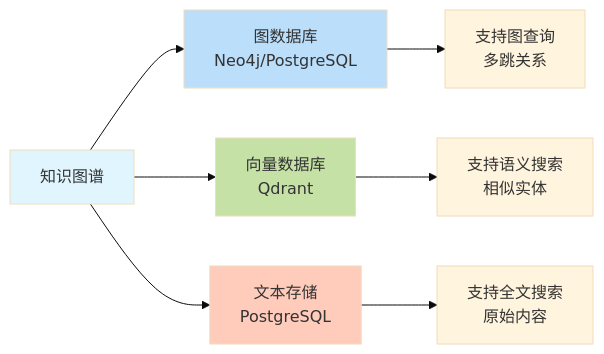
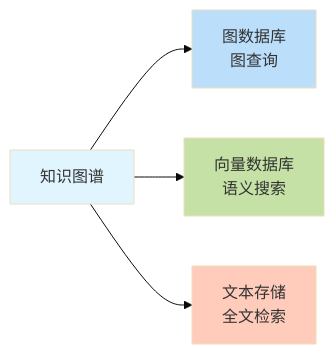
Before and after one commit to apecloud/ApeRAG: the seventh of 14 diagrams in docs/zh-CN/design/graph_index_creation.md, drawn with Mermaid (base theme). The commit also changed other lines of this file and 4 other files, not shown here.

````diff
--- a/docs/zh-CN/design/graph_index_creation.md
+++ b/docs/zh-CN/design/graph_index_creation.md
@@ -382,15 +345,11 @@
 ```mermaid
 flowchart LR
-    KG[知识图谱] --> G[图数据库<br/>Neo4j/PostgreSQL]
-    KG --> V[向量数据库<br/>Qdrant]
-    KG --> T[文本存储<br/>PostgreSQL]
-    
-    G --> Q1[支持图查询<br/>多跳关系]
-    V --> Q2[支持语义搜索<br/>相似实体]
-    T --> Q3[支持全文搜索<br/>原始内容]
+    KG[知识图谱] --> G[图数据库<br/>图查询]
+    KG --> V[向量数据库<br/>语义搜索]
+    KG --> T[文本存储<br/>全文检索]
     
     style KG fill:#e1f5ff
     style G fill:#bbdefb
     style V fill:#c5e1a5
     style T fill:#ffccbc
 ```
````
